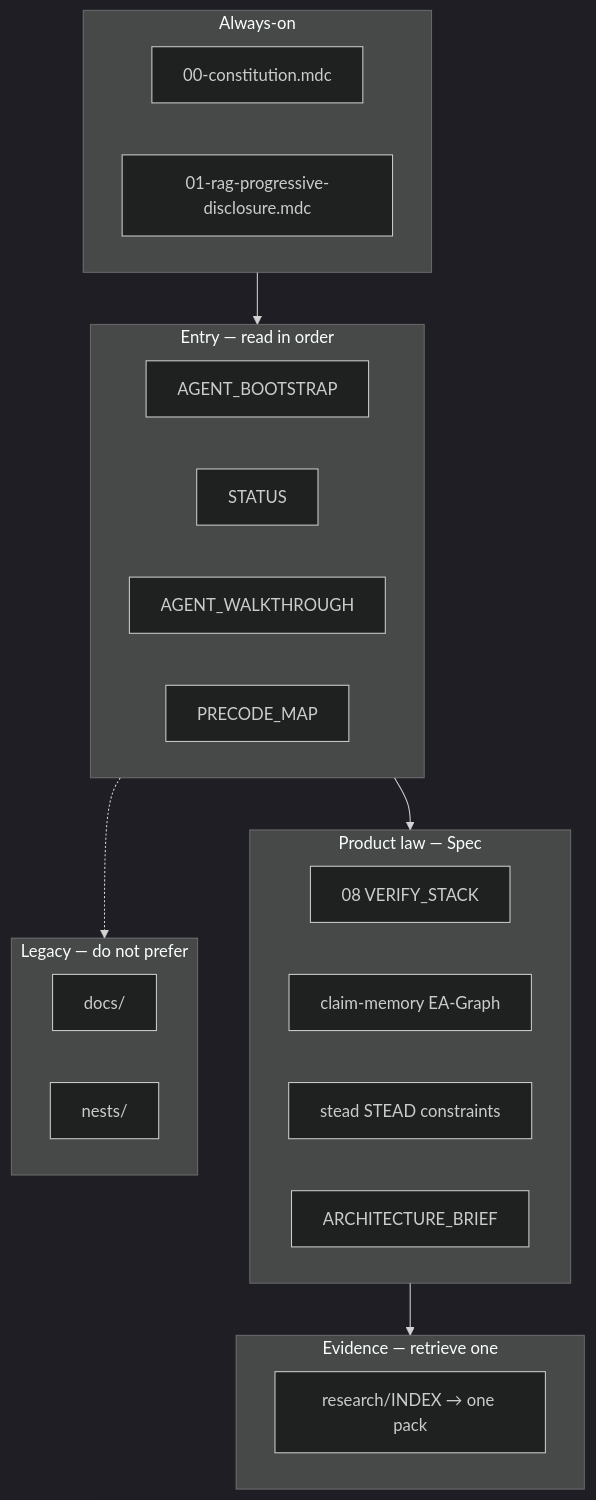
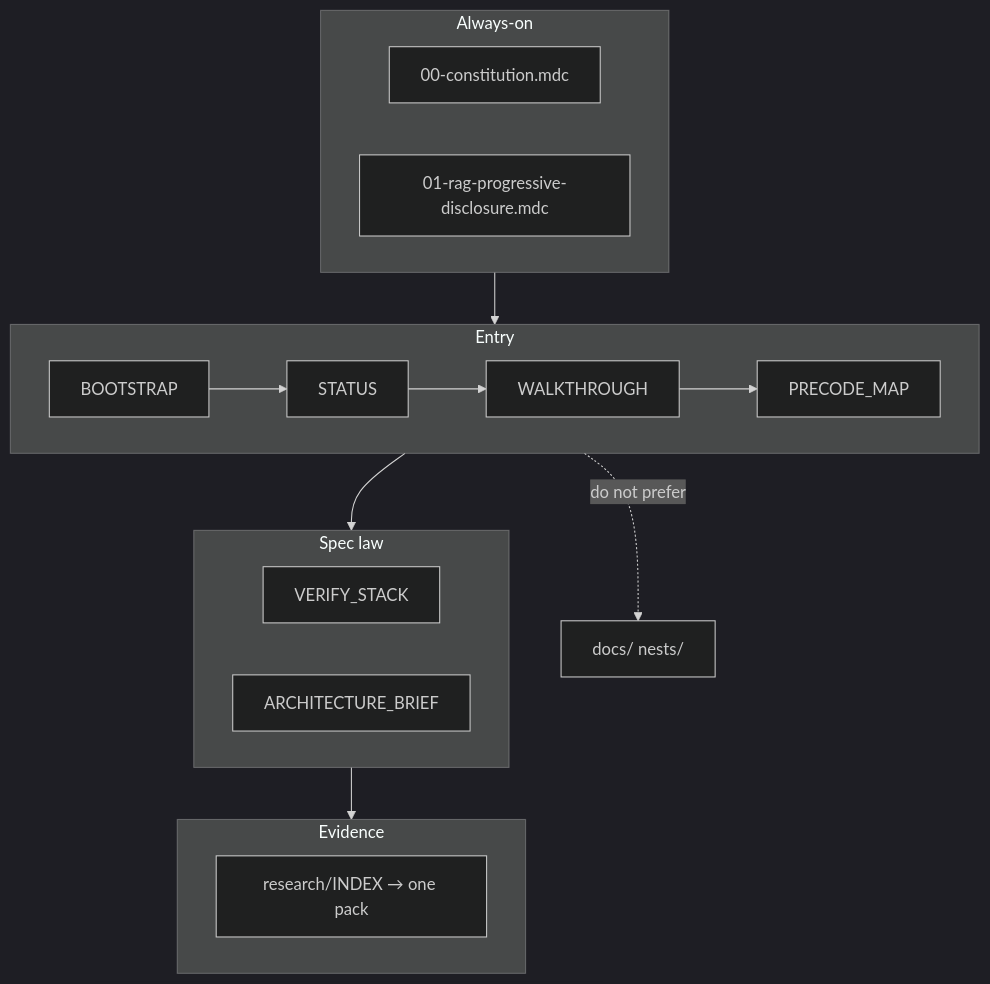
One commit to huntyyyyyy/spring-boot-doc-agent changed the first of 2 diagrams in ports/verified-architecture/STRUCTURE.md. Above: the diagram before and after it, drawn with Mermaid (dark theme). The commit also changed other lines of this file and 124 other files, not shown here.

First line of the commit message:
docs(verified-architecture): parallel predicate-prose rewrite (partitions A–F)

````diff
--- a/ports/verified-architecture/STRUCTURE.md
+++ b/ports/verified-architecture/STRUCTURE.md
@@ -60,35 +47,19 @@
 ```mermaid
 flowchart TB
   subgraph always [Always-on]
     R0[00-constitution.mdc]
     R1[01-rag-progressive-disclosure.mdc]
   end
-
-  subgraph entry [Entry — read in order]
-    B[AGENT_BOOTSTRAP]
-    S[STATUS]
-    W[AGENT_WALKTHROUGH]
-    P[PRECODE_MAP]
+  subgraph entry [Entry]
+    B[BOOTSTRAP] --> S[STATUS] --> W[WALKTHROUGH] --> P[PRECODE_MAP]
   end
-
-  subgraph law [Product law — Spec]
-    V[08 VERIFY_STACK]
-    EG[claim-memory EA-Graph]
-    ST[stead STEAD constraints]
+  subgraph law [Spec law]
+    V[VERIFY_STACK]
     AR[ARCHITECTURE_BRIEF]
   end
-
-  subgraph evidence [Evidence — retrieve one]
+  subgraph evidence [Evidence]
     RX[research/INDEX → one pack]
   end
-
-  subgraph legacy [Legacy — do not prefer]
-    D[docs/]
-    N[nests/]
-  end
-
-  always --> entry
-  entry --> law
-  law --> evidence
-  entry -.-> legacy
+  always --> entry --> law --> evidence
+  entry -.->|do not prefer| legacy[docs/ nests/]
 ```
````
